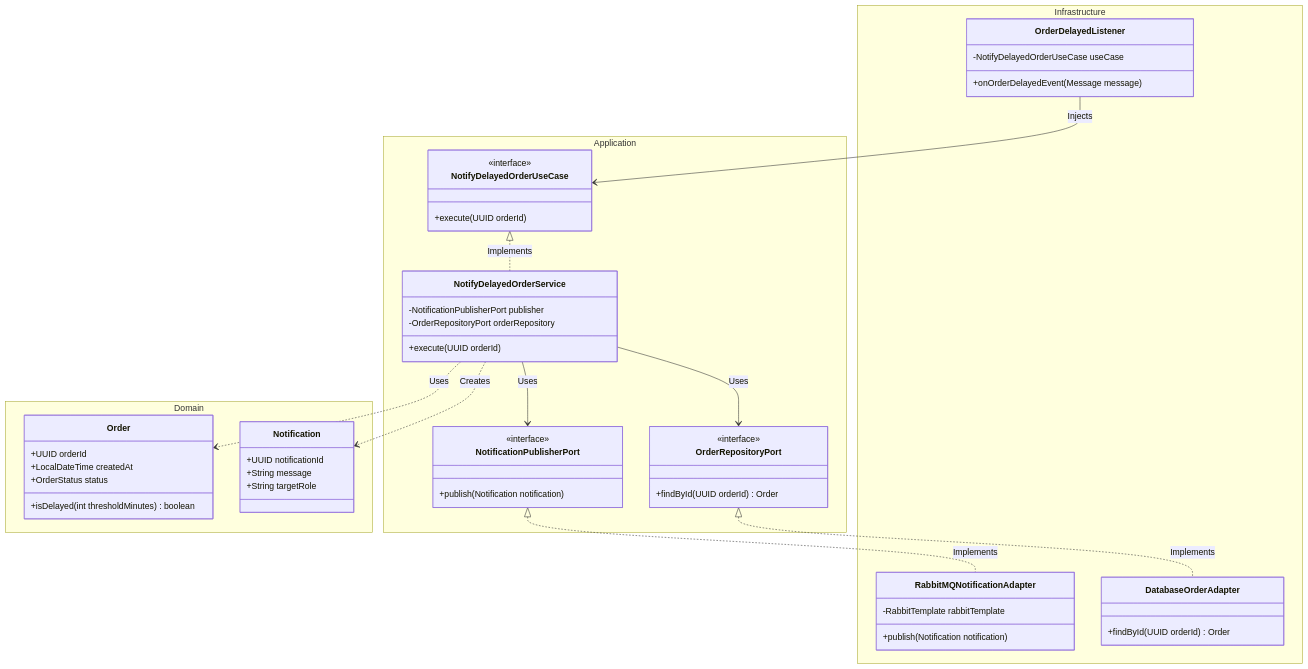
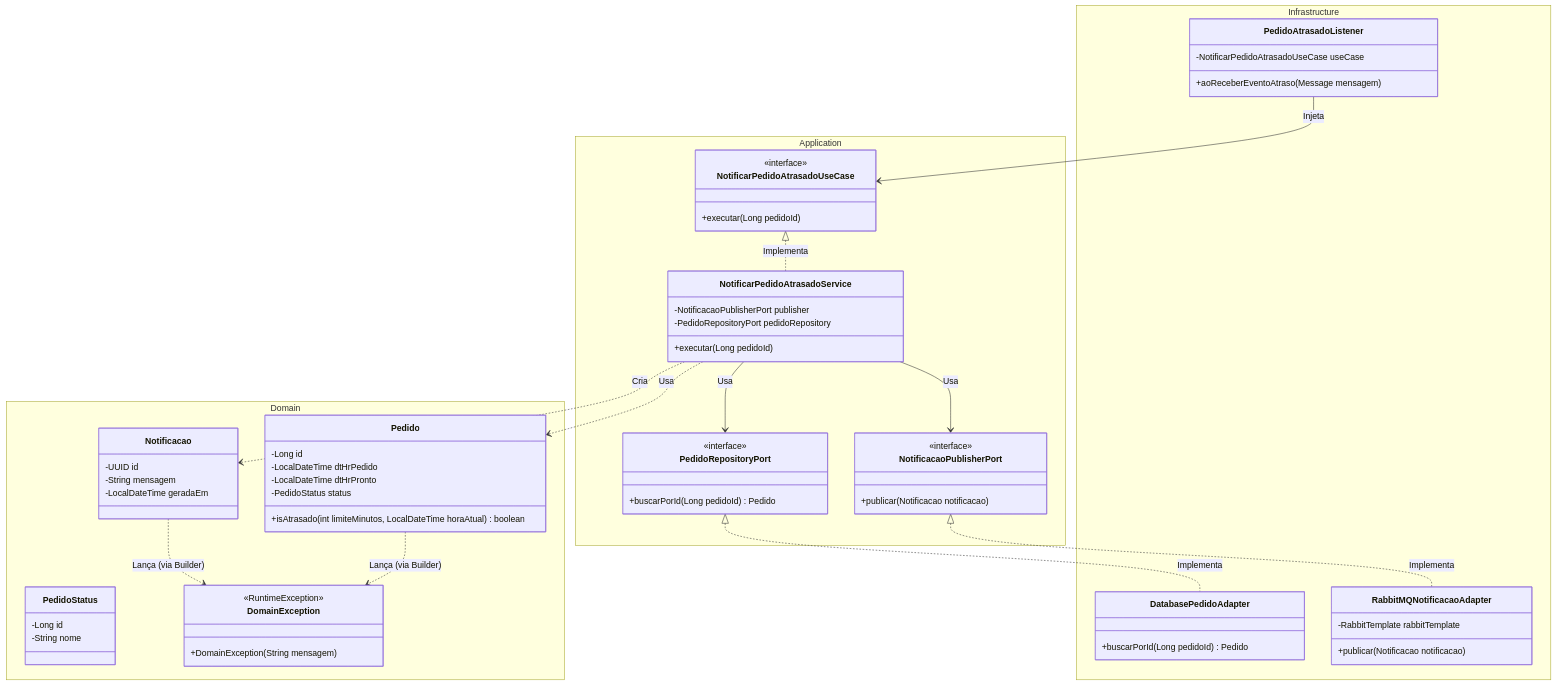
Before and after one commit to GuiTrevizSPTech/kento-cafe-notifications: the first of 3 diagrams in docs/ARCHITECTURE.md, drawn with Mermaid.

Commit message:
Refatorando diagrama de classes no arquivo ARCHITECTURE.md

````diff
--- a/docs/ARCHITECTURE.md
+++ b/docs/ARCHITECTURE.md
@@ -7,61 +7,76 @@
 ```mermaid
 classDiagram
+    %% Camada de Domínio (Core - Independente)
     namespace Domain {
-        class Order {
-            +UUID orderId
-            +LocalDateTime createdAt
-            +OrderStatus status
-            +isDelayed(int thresholdMinutes) boolean
+        class Pedido {
+            -Long id
+            -LocalDateTime dtHrPedido
+            -LocalDateTime dtHrPronto
+            -PedidoStatus status
+            +isAtrasado(int limiteMinutos, LocalDateTime horaAtual) boolean
         }
-        class Notification {
-            +UUID notificationId
-            +String message
-            +String targetRole
+        class PedidoStatus {
+            -Long id
+            -String nome
+        }
+        class Notificacao {
+            -UUID id
+            -String mensagem
+            -LocalDateTime geradaEm
+        }
+        class DomainException {
+            <<RuntimeException>>
+            +DomainException(String mensagem)
         }
     }
 
+    %% Camada de Aplicação (Casos de Uso e Portas)
     namespace Application {
-        class NotifyDelayedOrderUseCase {
+        class NotificarPedidoAtrasadoUseCase {
             <<interface>>
-            +execute(UUID orderId)
+            +executar(Long pedidoId)
         }
-        class NotifyDelayedOrderService {
-            -NotificationPublisherPort publisher
-            -OrderRepositoryPort orderRepository
-            +execute(UUID orderId)
+        class NotificarPedidoAtrasadoService {
+            -NotificacaoPublisherPort publisher
+            -PedidoRepositoryPort pedidoRepository
+            +executar(Long pedidoId)
         }
-        class NotificationPublisherPort {
+        class NotificacaoPublisherPort {
             <<interface>>
-            +publish(Notification notification)
+            +publicar(Notificacao notificacao)
         }
-        class OrderRepositoryPort {
+        class PedidoRepositoryPort {
             <<interface>>
-            +findById(UUID orderId) Order
+            +buscarPorId(Long pedidoId) Pedido
         }
     }
 
+    %% Camada de Infraestrutura
     namespace Infrastructure {
-        class RabbitMQNotificationAdapter {
+        class RabbitMQNotificacaoAdapter {
             -RabbitTemplate rabbitTemplate
-            +publish(Notification notification)
+            +publicar(Notificacao notificacao)
         }
-        class DatabaseOrderAdapter {
-            +findById(UUID orderId) Order
+        class DatabasePedidoAdapter {
+            +buscarPorId(Long pedidoId) Pedido
         }
-        class OrderDelayedListener {
-            -NotifyDelayedOrderUseCase useCase
-            +onOrderDelayedEvent(Message message)
+        class PedidoAtrasadoListener {
+            -NotificarPedidoAtrasadoUseCase useCase
+            +aoReceberEventoAtraso(Message mensagem)
         }
     }
 
-    NotifyDelayedOrderUseCase <|.. NotifyDelayedOrderService : Implements
-    NotificationPublisherPort <|.. RabbitMQNotificationAdapter : Implements
-    OrderRepositoryPort <|.. DatabaseOrderAdapter : Implements
+    %% Relacionamentos
+    NotificarPedidoAtrasadoUseCase <|.. NotificarPedidoAtrasadoService : Implementa
+    NotificacaoPublisherPort <|.. RabbitMQNotificacaoAdapter : Implementa
+    PedidoRepositoryPort <|.. DatabasePedidoAdapter : Implementa
     
-    NotifyDelayedOrderService --> NotificationPublisherPort : Uses
-    NotifyDelayedOrderService --> OrderRepositoryPort : Uses
-    OrderDelayedListener --> NotifyDelayedOrderUseCase : Injects
+    NotificarPedidoAtrasadoService --> NotificacaoPublisherPort : Usa
+    NotificarPedidoAtrasadoService --> PedidoRepositoryPort : Usa
+    PedidoAtrasadoListener --> NotificarPedidoAtrasadoUseCase : Injeta
     
-    NotifyDelayedOrderService ..> Order : Uses
-    NotifyDelayedOrderService ..> Notification : Creates
+    NotificarPedidoAtrasadoService ..> Pedido : Usa
+    NotificarPedidoAtrasadoService ..> Notificacao : Cria
+    Pedido ..> DomainException : Lança (via Builder)
+    Notificacao ..> DomainException : Lança (via Builder)
 ```
````
